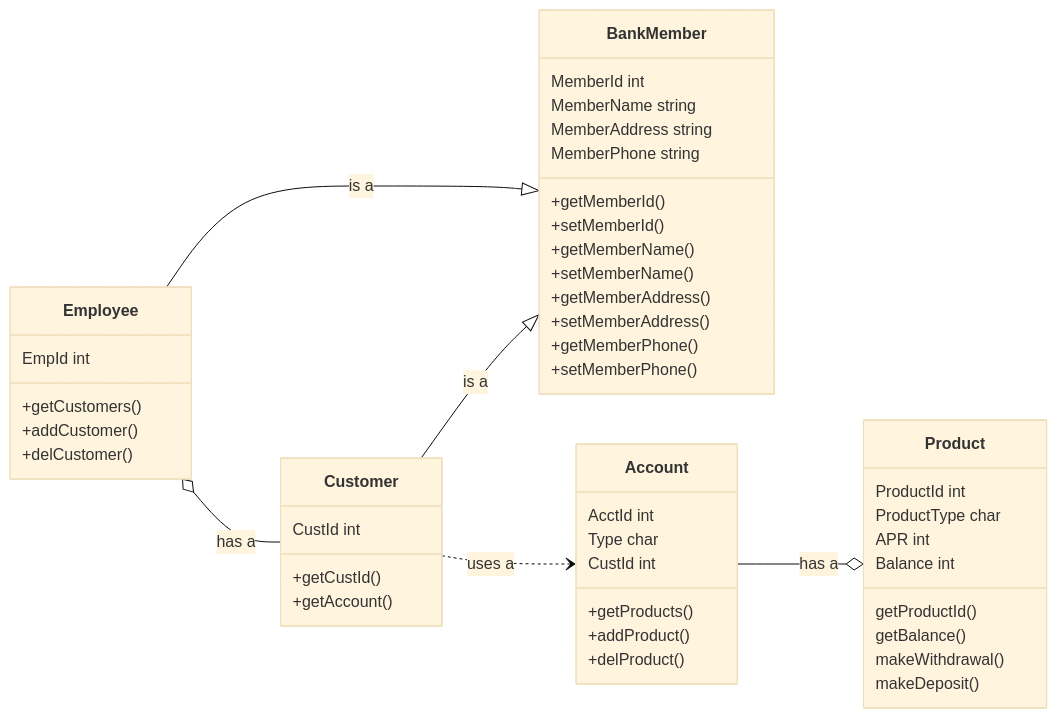
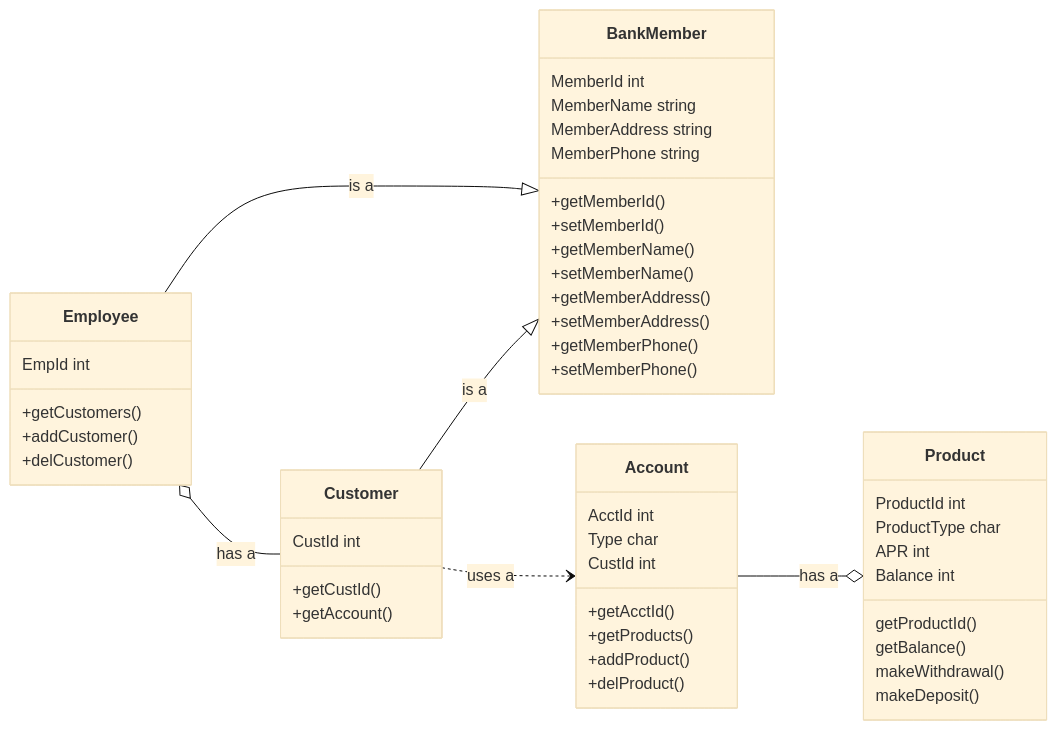
Before and after one commit to Marcus-Snell/Test: the diagram in mermaid.md, drawn with Mermaid (base theme).

````diff
--- a/mermaid.md
+++ b/mermaid.md
@@ -1,48 +1,49 @@
 ```mermaid
 classDiagram
 direction LR
 BankMember
 BankMember : MemberId int
 BankMember : MemberName string
 BankMember : MemberAddress string
 BankMember : MemberPhone string
 BankMember : +getMemberId()
 BankMember : +setMemberId()
 BankMember : +getMemberName()
 BankMember : +setMemberName()
 BankMember : +getMemberAddress()
 BankMember : +setMemberAddress()
 BankMember : +getMemberPhone()
 BankMember : +setMemberPhone()
 
 Employee --|> BankMember : is a
 Employee o-- Customer : has a
 Employee : EmpId int
 Employee : +getCustomers()
 Employee : +addCustomer()
 Employee : +delCustomer()
 
 Customer --|> BankMember : is a
 Customer ..> Account : uses a
 Customer : CustId int
 Customer : +getCustId()
 Customer : +getAccount()
 
 Account --o Product : has a
 Account : AcctId int
 Account : Type char
 Account : CustId int
+Account : +getAcctId()
 Account : +getProducts()
 Account : +addProduct()
 Account : +delProduct()
 
 Product : ProductId int
 Product : ProductType char
 Product : APR int
 Product : Balance int
 Product : getProductId()
 Product : getBalance()
 Product : makeWithdrawal()
 Product : makeDeposit()
 
 ```
````
